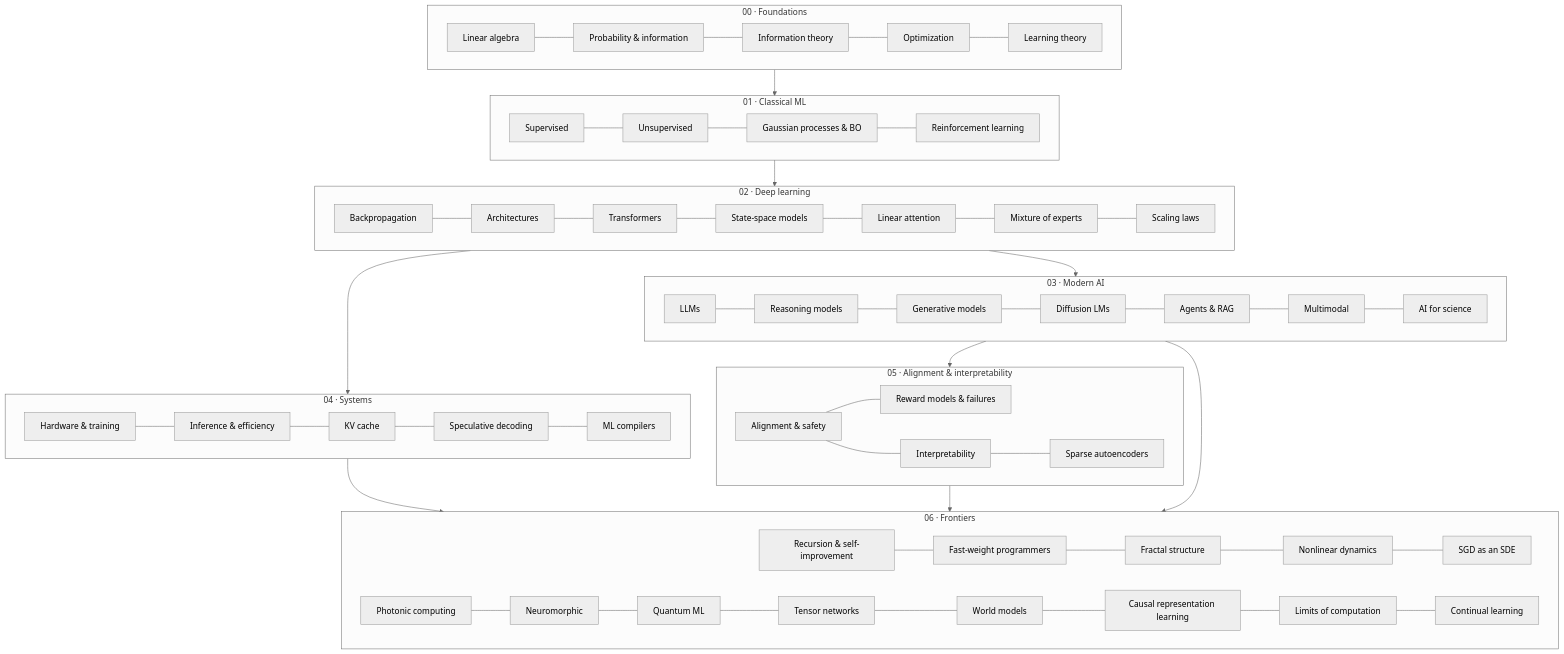
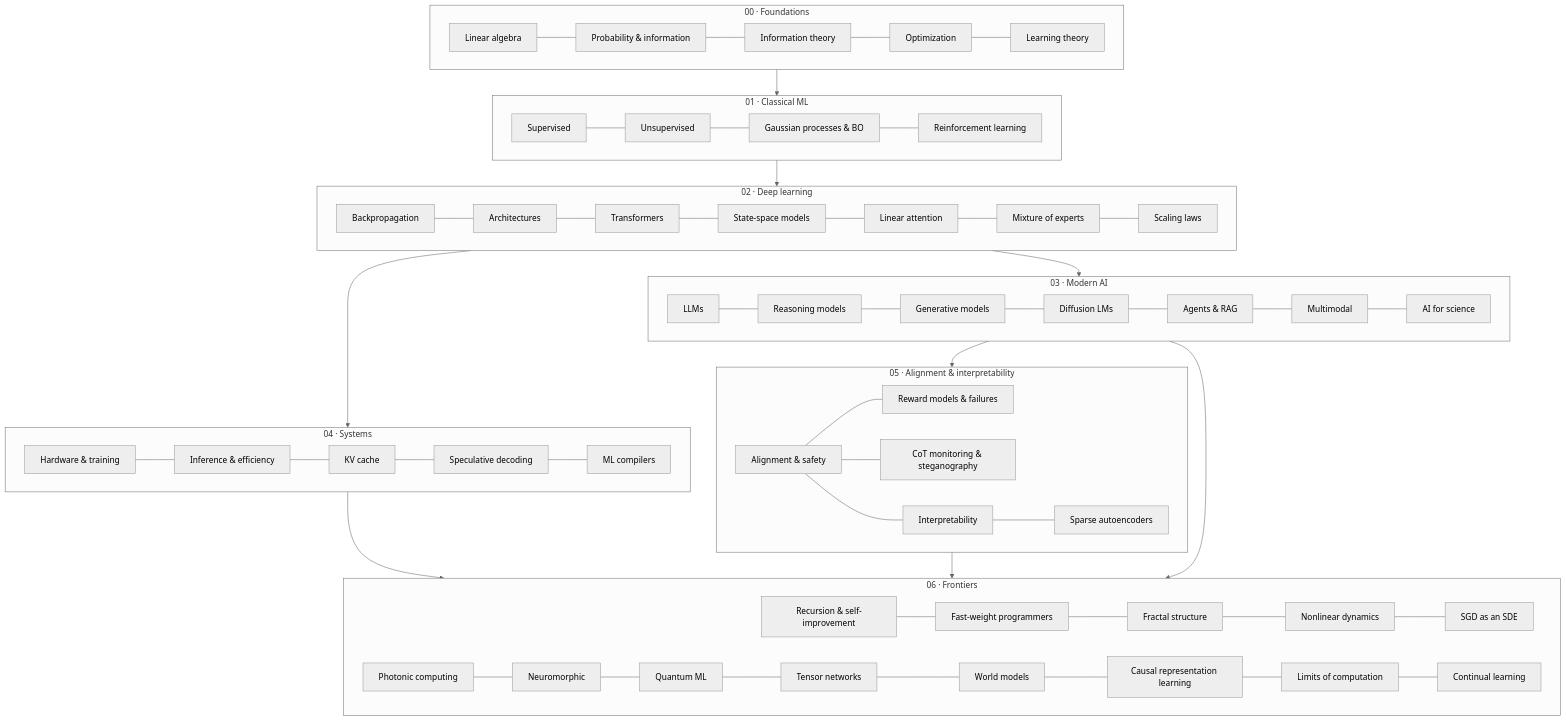
One commit to marcpoliquin5/understanding-ai changed the diagram in README.md. Above: the diagram before and after it, drawn with Mermaid (neutral theme). The commit also changed other lines of this file and 7 other files, not shown here.

Commit message:
Alignment: add chain-of-thought monitoring and steganography page

````diff
--- a/README.md
+++ b/README.md
@@ -30,32 +30,33 @@
 ```mermaid
 flowchart TB
     subgraph F[00 · Foundations]
         F1[Linear algebra] --- F2[Probability & information] --- F5[Information theory] --- F3[Optimization] --- F4[Learning theory]
     end
     subgraph C[01 · Classical ML]
         C1[Supervised] --- C2[Unsupervised] --- C4[Gaussian processes & BO] --- C3[Reinforcement learning]
     end
     subgraph D[02 · Deep learning]
         D1[Backpropagation] --- D2[Architectures] --- D3[Transformers] --- D6[State-space models] --- D7[Linear attention] --- D5[Mixture of experts] --- D4[Scaling laws]
     end
     subgraph M[03 · Modern AI]
         M1[LLMs] --- M1b[Reasoning models] --- M2[Generative models] --- M2b[Diffusion LMs] --- M3[Agents & RAG] --- M4[Multimodal] --- M5[AI for science]
     end
     subgraph S[04 · Systems]
         S1[Hardware & training] --- S2[Inference & efficiency] --- S5[KV cache] --- S4[Speculative decoding] --- S3[ML compilers]
     end
     subgraph A[05 · Alignment & interpretability]
         A1[Alignment & safety] --- A3[Reward models & failures]
+        A1 --- A5[CoT monitoring & steganography]
         A1 --- A2[Interpretability] --- A4[Sparse autoencoders]
     end
     subgraph X[06 · Frontiers]
         X1[Recursion & self-improvement] --- X1b[Fast-weight programmers] --- X2[Fractal structure] --- X3[Nonlinear dynamics] --- X3b[SGD as an SDE]
         X4[Photonic computing] --- X5[Neuromorphic] --- X6[Quantum ML] --- X6b[Tensor networks] --- X7[World models] --- X7b[Causal representation learning] --- X8[Limits of computation] --- X9[Continual learning]
     end
     F --> C --> D --> M
     D --> S
     M --> A
     S --> X
     A --> X
     M --> X
 ```
````
